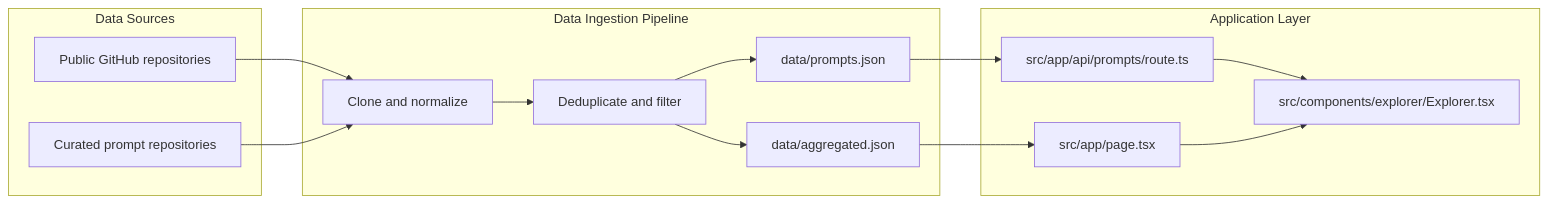
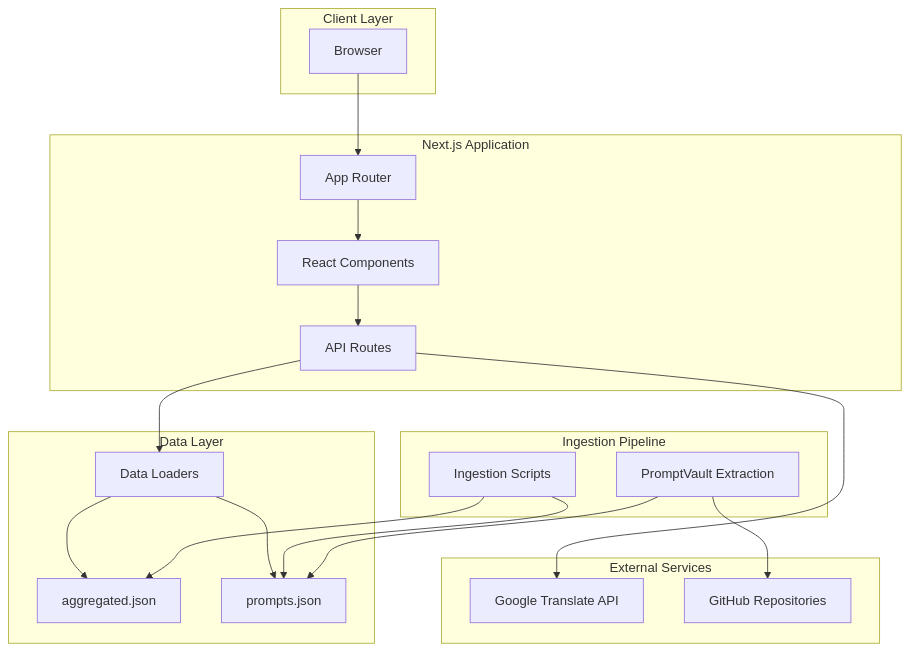
The first of 6 diagrams in README.md (Xaelvoryx/Stimulate), drawn with Mermaid before and after one commit. The commit also changed other lines of this file, not shown here.

Commit message:
docs: generate comprehensive enterprise-grade README with architecture diagrams

````diff
--- a/README.md
+++ b/README.md
@@ -143,30 +412,40 @@
 ```mermaid
-flowchart LR
-    subgraph Sources["Data Sources"]
-        A[Public GitHub repositories]
-        B[Curated prompt repositories]
+flowchart TB
+    subgraph Client["Client Layer"]
+        B[Browser]
     end
-
-    subgraph Ingestion["Data Ingestion Pipeline"]
-        C[Clone and normalize]
-        D[Deduplicate and filter]
-        E["data/aggregated.json"]
-        F["data/prompts.json"]
+    
+    subgraph NextJS["Next.js Application"]
+        A[App Router]
+        C[React Components]
+        D[API Routes]
     end
-
-    subgraph App["Application Layer"]
-        G["src/app/page.tsx"]
-        H["src/components/explorer/Explorer.tsx"]
-        I["src/app/api/prompts/route.ts"]
+    
+    subgraph Data["Data Layer"]
+        E[aggregated.json]
+        F[prompts.json]
+        G[Data Loaders]
     end
-
+    
+    subgraph External["External Services"]
+        H[Google Translate API]
+        I[GitHub Repositories]
+    end
+    
+    subgraph Ingestion["Ingestion Pipeline"]
+        J[PromptVault Extraction]
+        K[Ingestion Scripts]
+    end
+    
+    B --> A
     A --> C
-    B --> C
     C --> D
-    D --> E
-    D --> F
-    E --> G
-    F --> I
-    I --> H
-    G --> H
+    D --> G
+    G --> E
+    G --> F
+    D --> H
+    K --> E
+    K --> F
+    J --> F
+    J --> I
 ```
````
